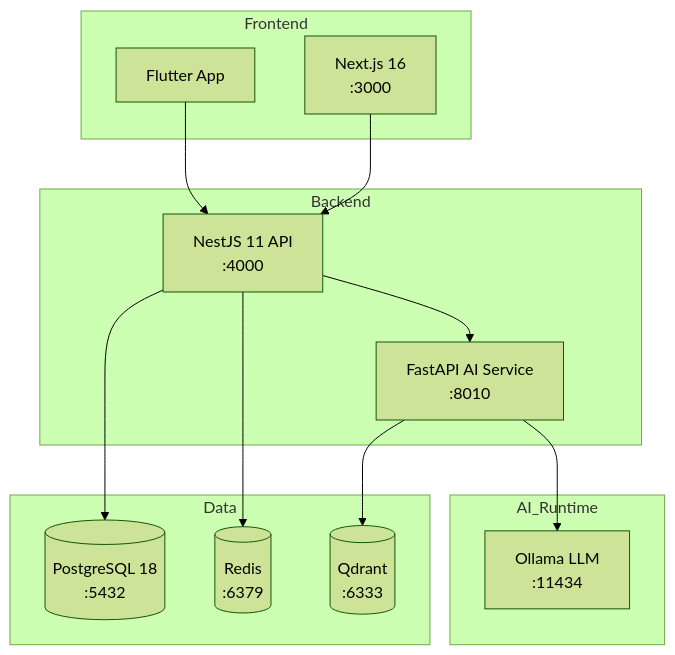
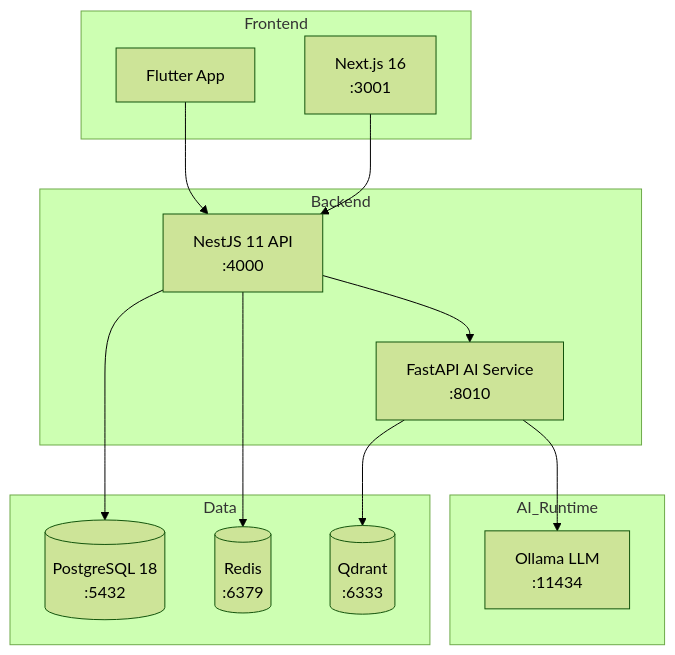
The diagram in README.md (JasonTM17/ChillTravel_NextJS), drawn with Mermaid (forest theme) before and after one commit. The commit also changed other lines of this file and 3 other files, not shown here.

````diff
--- a/README.md
+++ b/README.md
@@ -99,27 +99,27 @@
 ```mermaid
 graph TB
     subgraph Frontend
-        Web[Next.js 16<br/>:3000]
+        Web[Next.js 16<br/>:3001]
         Mobile[Flutter App]
     end
     subgraph Backend
         API[NestJS 11 API<br/>:4000]
         AI[FastAPI AI Service<br/>:8010]
     end
     subgraph Data
         PG[(PostgreSQL 18<br/>:5432)]
         Redis[(Redis<br/>:6379)]
         Qdrant[(Qdrant<br/>:6333)]
     end
     subgraph AI_Runtime
         Ollama[Ollama LLM<br/>:11434]
     end
 
     Web --> API
     Mobile --> API
     API --> PG
     API --> Redis
     API --> AI
     AI --> Ollama
     AI --> Qdrant
 ```
````
